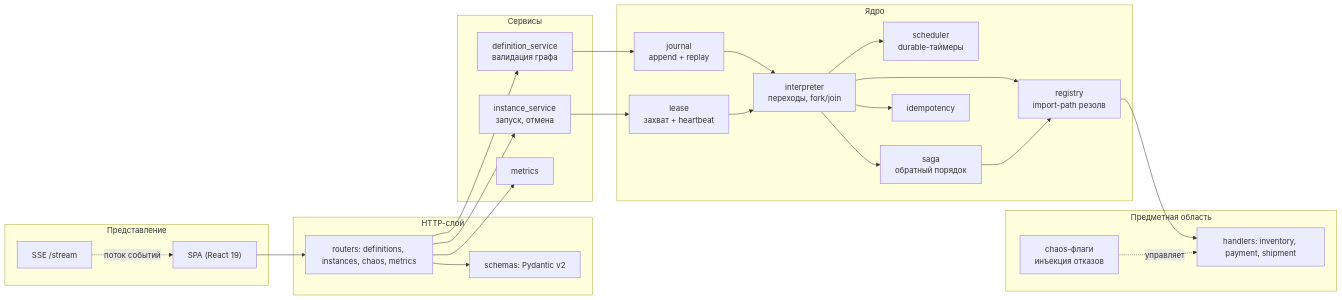
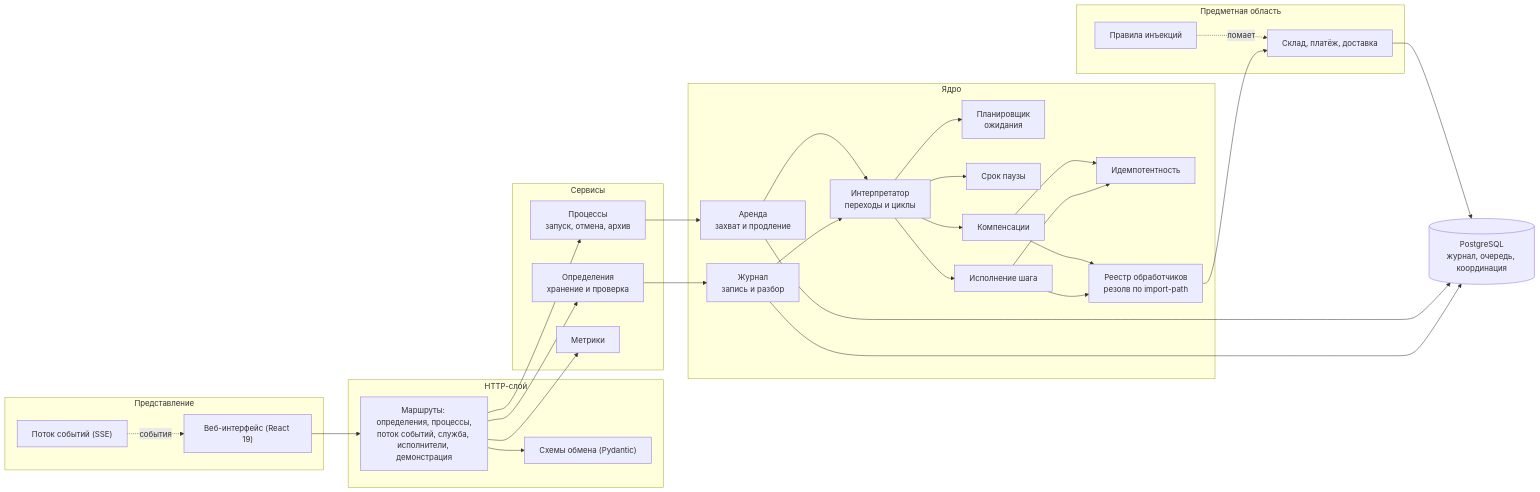
One commit to tolstosheev/workflow-engine changed the diagram in docs/diagrams/components.mmd. Above: the diagram before and after it, drawn with Mermaid. The commit also changed 10 other files, not shown here.

First line of the commit message:
docs(docs): align diagrams, events and runbooks with code

```diff
--- a/docs/diagrams/components.mmd
+++ b/docs/diagrams/components.mmd
@@ -1,47 +1,57 @@
 flowchart LR
     subgraph presentation["Представление"]
-        SPA["SPA (React 19)"]
-        SSE["SSE /stream"]
+        SPA["Веб-интерфейс (React 19)"]
+        SSE["Поток событий (SSE)"]
     end
 
     subgraph api["HTTP-слой"]
-        ROUT["routers: definitions, instances, chaos, metrics"]
-        SCHEMAS["schemas: Pydantic v2"]
+        ROUT["Маршруты: определения, процессы,<br/>поток событий, служба, исполнители, демонстрация"]
+        SCHEMAS["Схемы обмена (Pydantic)"]
     end
 
     subgraph services["Сервисы"]
-        DEFSVC["definition_service<br/>валидация графа"]
-        INSTSVC["instance_service<br/>запуск, отмена"]
-        METRICS["metrics"]
+        DEFSVC["Определения<br/>хранение и проверка"]
+        INSTSVC["Процессы<br/>запуск, отмена, архив"]
+        METRICS["Метрики"]
     end
 
     subgraph core["Ядро"]
-        JOURNAL["journal<br/>append + replay"]
-        LEASE["lease<br/>захват + heartbeat"]
-        INTERP["interpreter<br/>переходы, fork/join"]
-        SCHED["scheduler<br/>durable-таймеры"]
-        SAGA["saga<br/>обратный порядок"]
-        IDEMP["idempotency"]
-        REGISTRY["registry<br/>import-path резолв"]
+        JOURNAL["Журнал<br/>запись и разбор"]
+        LEASE["Аренда<br/>захват и продление"]
+        INTERP["Интерпретатор<br/>переходы и циклы"]
+        SCHED["Планировщик<br/>ожидания"]
+        DEADLINE["Срок паузы"]
+        EXEC["Исполнение шага"]
+        SAGA["Компенсации"]
+        IDEMP["Идемпотентность"]
+        REGISTRY["Реестр обработчиков<br/>резолв по import-path"]
     end
 
     subgraph domain["Предметная область"]
-        HANDLERS["handlers: inventory, payment, shipment"]
-        CHAOS["chaos-флаги<br/>инъекция отказов"]
+        HANDLERS["Склад, платёж, доставка"]
+        CHAOS["Правила инъекций"]
     end
 
+    DB[("PostgreSQL<br/>журнал, очередь, координация")]
+
     SPA --> ROUT
-    SSE -.->|"поток событий"| SPA
+    SSE -.->|"события"| SPA
     ROUT --> SCHEMAS
     ROUT --> DEFSVC & INSTSVC & METRICS
     DEFSVC --> JOURNAL
     INSTSVC --> LEASE
     JOURNAL --> INTERP
     LEASE --> INTERP
     INTERP --> SCHED
+    INTERP --> DEADLINE
+    INTERP --> EXEC
     INTERP --> SAGA
-    INTERP --> IDEMP
-    INTERP --> REGISTRY
+    EXEC --> IDEMP
+    SAGA --> IDEMP
+    EXEC --> REGISTRY
+    SAGA --> REGISTRY
     REGISTRY --> HANDLERS
-    CHAOS -.->|"управляет"| HANDLERS
-    SAGA --> REGISTRY
+    CHAOS -.->|"ломает"| HANDLERS
+    JOURNAL --> DB
+    LEASE --> DB
+    HANDLERS --> DB
```
